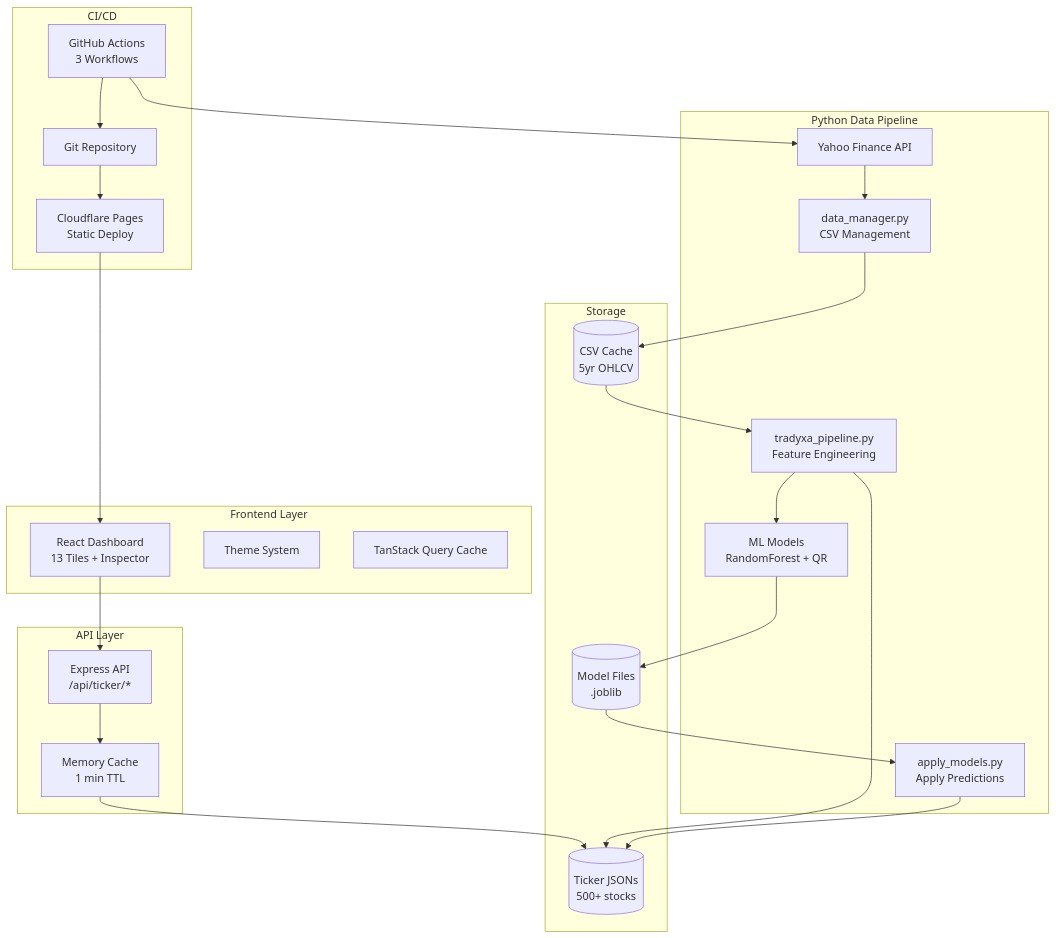
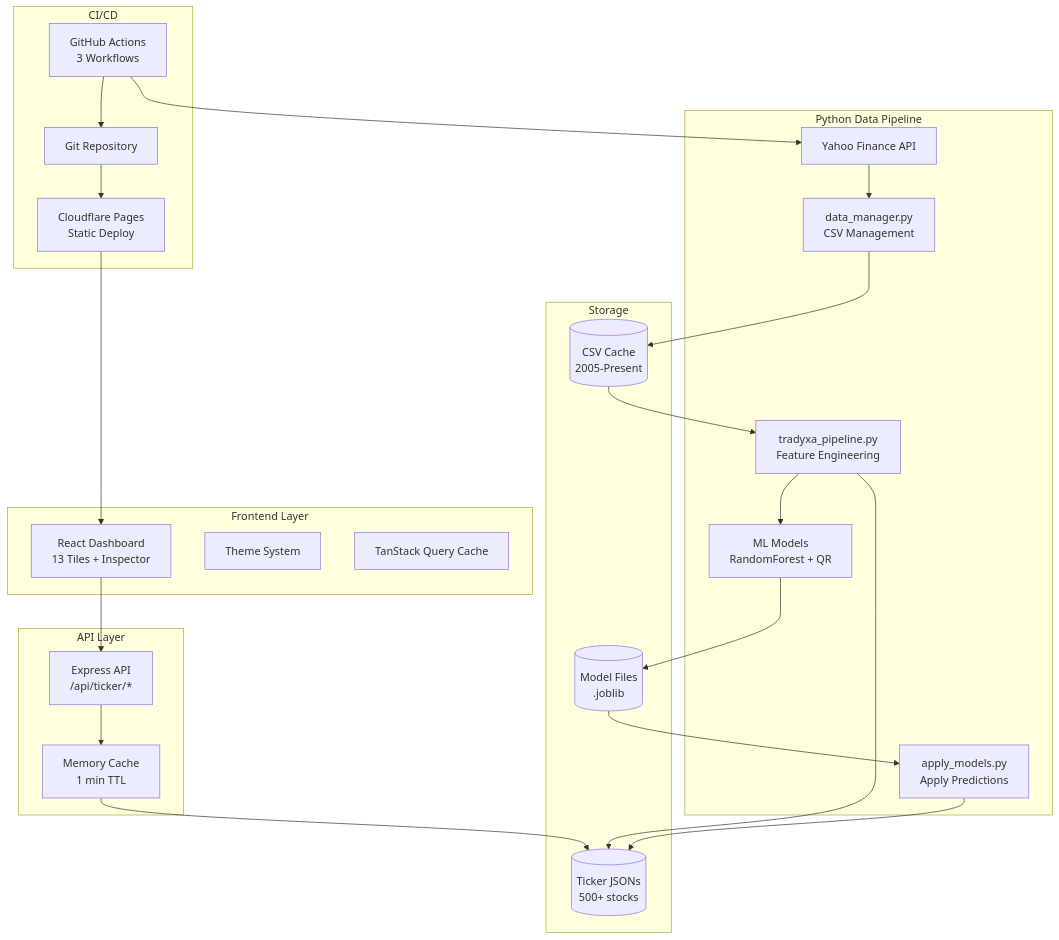
Before and after one commit to pravindev666/Gammax: the third of 3 diagrams in README.md, drawn with Mermaid. The commit also changed other lines of this file and 17 other files, not shown here.

````diff
--- a/README.md
+++ b/README.md
@@ -155,51 +211,51 @@
 ```mermaid
 graph TB
     subgraph "Frontend Layer"
         UI[React Dashboard<br/>13 Tiles + Inspector]
         THEME[Theme System]
         CACHE[TanStack Query Cache]
     end
     
     subgraph "API Layer"
         API[Express API<br/>/api/ticker/*]
         MEM[Memory Cache<br/>1 min TTL]
     end
     
     subgraph "Python Data Pipeline"
         YF[Yahoo Finance API]
         DM[data_manager.py<br/>CSV Management]
         PIPE[tradyxa_pipeline.py<br/>Feature Engineering]
         ML[ML Models<br/>RandomForest + QR]
         APP[apply_models.py<br/>Apply Predictions]
     end
     
     subgraph "Storage"
-        CSV[(CSV Cache<br/>5yr OHLCV)]
+        CSV[(CSV Cache<br/>2005-Present)]
         JSON[(Ticker JSONs<br/>500+ stocks)]
         MODELS[(Model Files<br/>.joblib)]
     end
     
     subgraph "CI/CD"
         GHA[GitHub Actions<br/>3 Workflows]
         GIT[Git Repository]
         CF[Cloudflare Pages<br/>Static Deploy]
     end
     
     UI --> API
     API --> MEM
     MEM --> JSON
     
     GHA --> YF
     YF --> DM
     DM --> CSV
     CSV --> PIPE
     PIPE --> JSON
     PIPE --> ML
     ML --> MODELS
     MODELS --> APP
     APP --> JSON
     
     GHA --> GIT
     GIT --> CF
     CF --> UI
 ```
````
